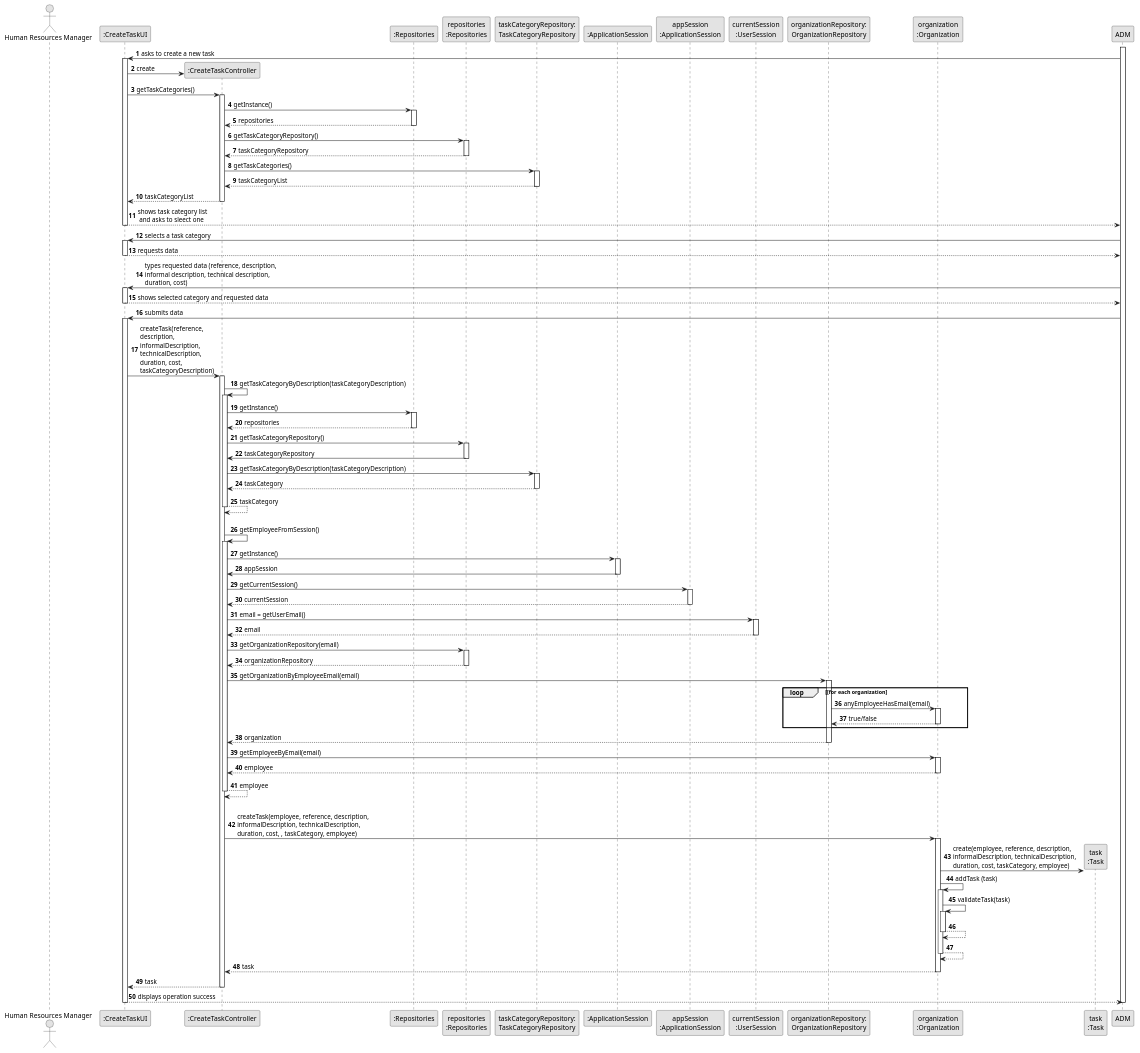
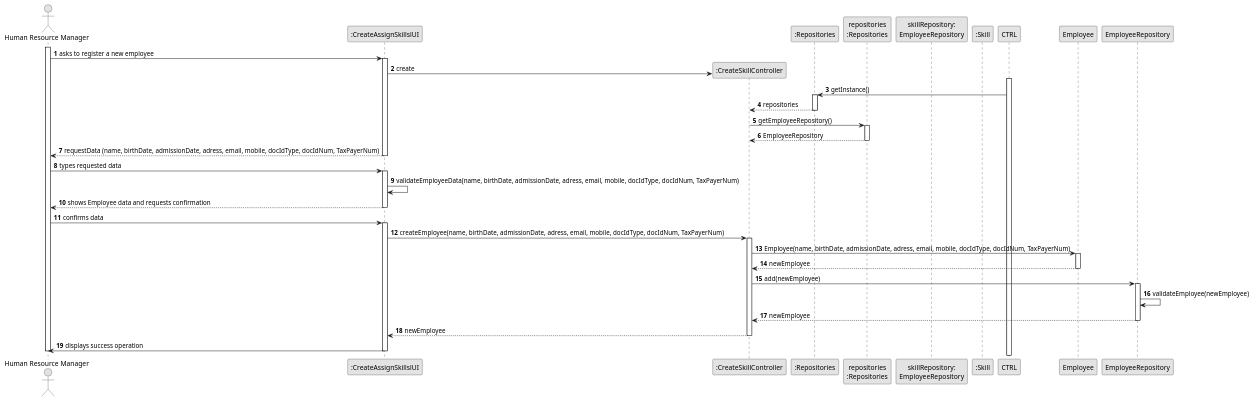
Before and after one commit to Paulo-Pereira-at-ISEP/lei-24-s2-1nanb-g321: the diagram in docs/sprintB/us04/03.design/puml/us006-sequence-diagram-full.puml, drawn with PlantUML. The commit also changed 4 other files, not shown here.

```diff
--- a/docs/sprintB/us04/03.design/puml/us006-sequence-diagram-full.puml
+++ b/docs/sprintB/us04/03.design/puml/us006-sequence-diagram-full.puml
@@ -1,180 +1,108 @@
 @startuml
 skinparam monochrome true
 skinparam packageStyle rectangle
 skinparam shadowing false
 
 autonumber
 
 'hide footbox
-actor "Human Resources Manager" as HRM
-participant ":CreateTaskUI" as UI
-participant ":CreateTaskController" as CTRL
-participant ":Repositories" as RepositorySingleton
-participant "repositories\n:Repositories" as PLAT
-participant "taskCategoryRepository:\nTaskCategoryRepository" as TaskCategoryRepository
-participant ":ApplicationSession" as _APP
-participant "appSession\n:ApplicationSession" as APP
-participant "currentSession\n:UserSession" as SESSAO
-participant "organizationRepository:\nOrganizationRepository" as OrganizationRepository
-participant "organization\n:Organization" as ORG
-participant "task\n:Task" as TAREFA
 
-activate ADM
+actor "Human Resource Manager" as HRM
+participant ":CreateAssignSkillslUI" as UI
+participant ":CreateSkillController" as controller
+participant ":Repositories" as singleton
 
-        ADM -> UI : asks to create a new task
+
+
+participant "repositories\n:Repositories" as rep
+
+
+participant "skillRepository:\nEmployeeRepository" as skillRep
+participant ":Skill" as SKILL
+
+activate HRM
+
+        HRM -> UI : asks to register a new employee
+
+        activate UI
+            'create CTRL
+            UI -> controller** : create
+
+            activate CTRL
+
+                CTRL -> singleton : getInstance()
+
+                activate singleton
+
+                    singleton --> controller : repositories
+
+                deactivate singleton
+
+                controller -> rep : getEmployeeRepository()
+
+                activate rep
+
+                    rep --> controller : EmployeeRepository
+
+                deactivate rep
+
+            deactivate controller
+
+
+            'requests the HRM to input data
+            UI --> HRM : requestData (name, birthDate, admissionDate, adress, email, mobile, docIdType, docIdNum, TaxPayerNum)
+        deactivate UI
+
+        HRM -> UI : types requested data
 
         activate UI
 
-'            UI --> ADM : requests data (reference, description,  informal \n description, technical description, duration, cost)
-            'create CTRL
-            UI -> CTRL** : create
+            UI -> UI : validateEmployeeData(name, birthDate, admissionDate, adress, email, mobile, docIdType, docIdNum, TaxPayerNum)
 
-            UI -> CTRL : getTaskCategories()
-            activate CTRL
 
-                CTRL -> RepositorySingleton : getInstance()
-                activate RepositorySingleton
+            deactivate controller
 
-                    RepositorySingleton --> CTRL: repositories
-                deactivate RepositorySingleton
+            UI --> HRM : shows Employee data and requests confirmation
 
-                CTRL -> PLAT : getTaskCategoryRepository()
-                activate PLAT
-
-                    PLAT --> CTRL: taskCategoryRepository
-                deactivate PLAT
-
-                CTRL -> TaskCategoryRepository : getTaskCategories()
-                activate TaskCategoryRepository
-
-                    TaskCategoryRepository --> CTRL : taskCategoryList
-                deactivate TaskCategoryRepository
-
-                CTRL --> UI : taskCategoryList
-            deactivate CTRL
-
-            UI --> ADM : shows task category list\n and asks to sleect one
         deactivate UI
 
-    ADM -> UI : selects a task category
-    activate UI
+            HRM -> UI : confirms data
 
-        UI --> ADM : requests data
+        activate UI
+
+            UI -> controller : createEmployee(name, birthDate, admissionDate, adress, email, mobile, docIdType, docIdNum, TaxPayerNum)
+
+            activate controller
+
+
+                controller -> Employee : Employee(name, birthDate, admissionDate, adress, email, mobile, docIdType, docIdNum, TaxPayerNum)
+
+                activate Employee
+
+                Employee --> controller : newEmployee
+
+                deactivate Employee
+
+                controller -> EmployeeRepository : add(newEmployee)
+
+                activate EmployeeRepository
+
+                    EmployeeRepository -> EmployeeRepository : validateEmployee(newEmployee)
+
+
+                    EmployeeRepository --> controller : newEmployee
+
+                deactivate EmployeeRepository
+
+            controller --> UI : newEmployee
+
+
+        deactivate controller
+
+        UI -> HRM : displays success operation
+
     deactivate UI
 
-    ADM -> UI : types requested data (reference, description, \ninformal description, technical description,\nduration, cost)
-    activate UI
-
-        UI --> ADM : shows selected category and requested data
-    deactivate UI
-
-    ADM -> UI : submits data
-    activate UI
-
-        UI -> CTRL : createTask(reference,\ndescription,\ninformalDescription,\ntechnicalDescription,\nduration, cost,\ntaskCategoryDescription)
-        activate CTRL
-
-            CTRL -> CTRL : getTaskCategoryByDescription(taskCategoryDescription)
-            activate CTRL
-
-                CTRL -> RepositorySingleton : getInstance()
-                activate RepositorySingleton
-
-                    RepositorySingleton --> CTRL: repositories
-                deactivate RepositorySingleton
-
-                CTRL -> PLAT : getTaskCategoryRepository()
-                activate PLAT
-
-                    PLAT -> CTRL : taskCategoryRepository
-                deactivate PLAT
-
-                CTRL -> TaskCategoryRepository : getTaskCategoryByDescription(taskCategoryDescription)
-                activate TaskCategoryRepository
-
-                    TaskCategoryRepository --> CTRL : taskCategory
-                deactivate TaskCategoryRepository
-                    CTRL --> CTRL : taskCategory
-            deactivate CTRL
-
-            |||
-            CTRL -> CTRL : getEmployeeFromSession()
-            activate CTRL
-
-                CTRL -> _APP: getInstance()
-                activate _APP
-                    _APP -> CTRL: appSession
-                deactivate _APP
-
-
-                CTRL -> APP: getCurrentSession()
-                activate APP
-
-                    APP --> CTRL: currentSession
-                deactivate APP
-
-                CTRL -> SESSAO: email = getUserEmail()
-                activate SESSAO
-
-                    SESSAO --> CTRL: email
-                deactivate SESSAO
-
-
-                CTRL -> PLAT: getOrganizationRepository(email)
-                activate PLAT
-
-                    PLAT --> CTRL: organizationRepository
-                deactivate PLAT
-
-
-                CTRL -> OrganizationRepository: getOrganizationByEmployeeEmail(email)
-                activate OrganizationRepository
-
-                    loop [for each organization
-                        OrganizationRepository -> ORG : anyEmployeeHasEmail(email)
-                        activate ORG
-
-                             ORG --> OrganizationRepository : true/false
-                        deactivate ORG
-                    end
-                    OrganizationRepository --> CTRL : organization
-                deactivate OrganizationRepository
-
-                CTRL -> ORG: getEmployeeByEmail(email)
-                activate ORG
-
-                    ORG --> CTRL : employee
-                deactivate ORG
-
-                CTRL --> CTRL : employee
-            deactivate CTRL
-
-            |||
-            CTRL -> ORG: createTask(employee, reference, description,\ninformalDescription, technicalDescription,\nduration, cost, , taskCategory, employee)
-            activate ORG
-
-                ORG -> TAREFA**: create(employee, reference, description,\ninformalDescription, technicalDescription,\nduration, cost, taskCategory, employee)
-                ORG -> ORG: addTask (task)
-
-
-                activate ORG
-                    ORG -> ORG: validateTask(task)
-                    activate ORG
-                        ORG --> ORG
-                    deactivate ORG
-
-                    ORG --> ORG
-                deactivate ORG
-
-                ORG --> CTRL : task
-
-            deactivate ORG
-
-            CTRL --> UI: task
-            deactivate CTRL
-            UI --> ADM: displays operation success
-    deactivate UI
-
-deactivate ADM
+deactivate HRM
 
 @enduml
```
